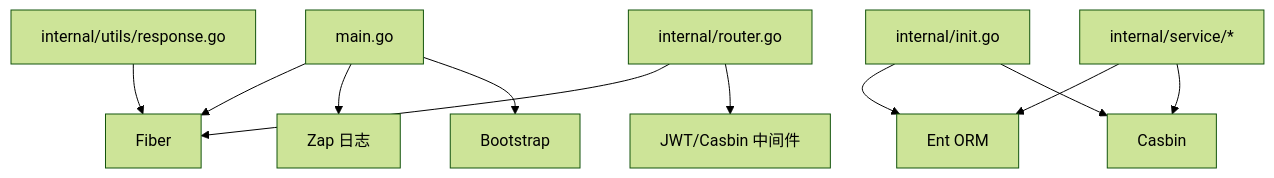
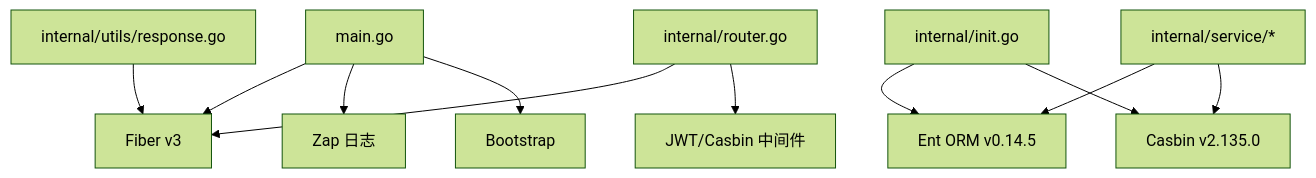
One commit to wuwuseo/e-sports-go-admin changed the eighth of 8 diagrams in .qoder/repowiki/zh/content/开发指南/开发指南.md. Above: the diagram before and after it, drawn with Mermaid (forest theme). The commit also changed other lines of this file and 42 other files, not shown here.

````diff
--- a/.qoder/repowiki/zh/content/开发指南/开发指南.md
+++ b/.qoder/repowiki/zh/content/开发指南/开发指南.md
@@ -279,13 +297,13 @@
 ```mermaid
 graph TB
-M["main.go"] --> F["Fiber"]
+M["main.go"] --> F["Fiber v3"]
 M --> Z["Zap 日志"]
 M --> B["Bootstrap"]
-I["internal/init.go"] --> E["Ent ORM"]
-I --> C["Casbin"]
+I["internal/init.go"] --> E["Ent ORM v0.14.5"]
+I --> C["Casbin v2.135.0"]
 R["internal/router.go"] --> F
 R --> MW["JWT/Casbin 中间件"]
 S["internal/service/*"] --> E
 S --> C
 U["internal/utils/response.go"] --> F
 ```
````
